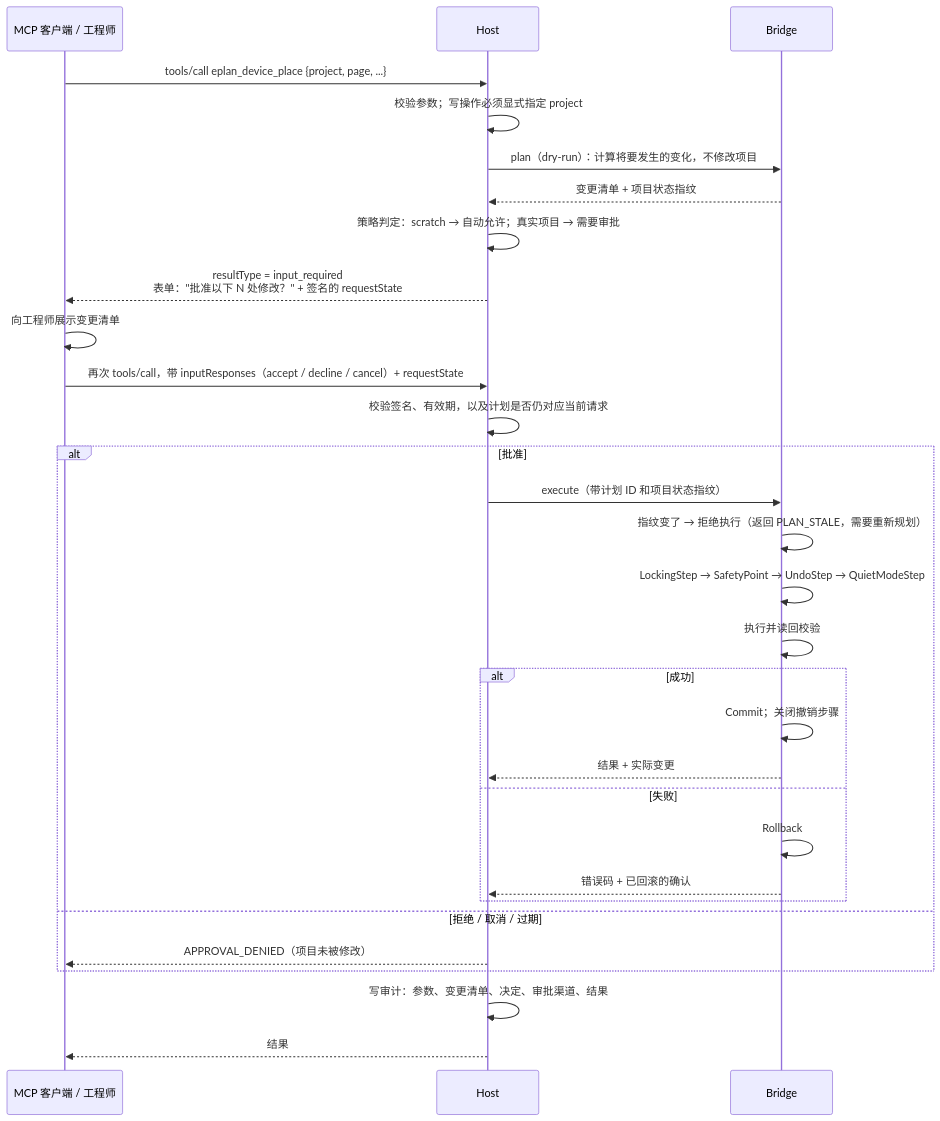
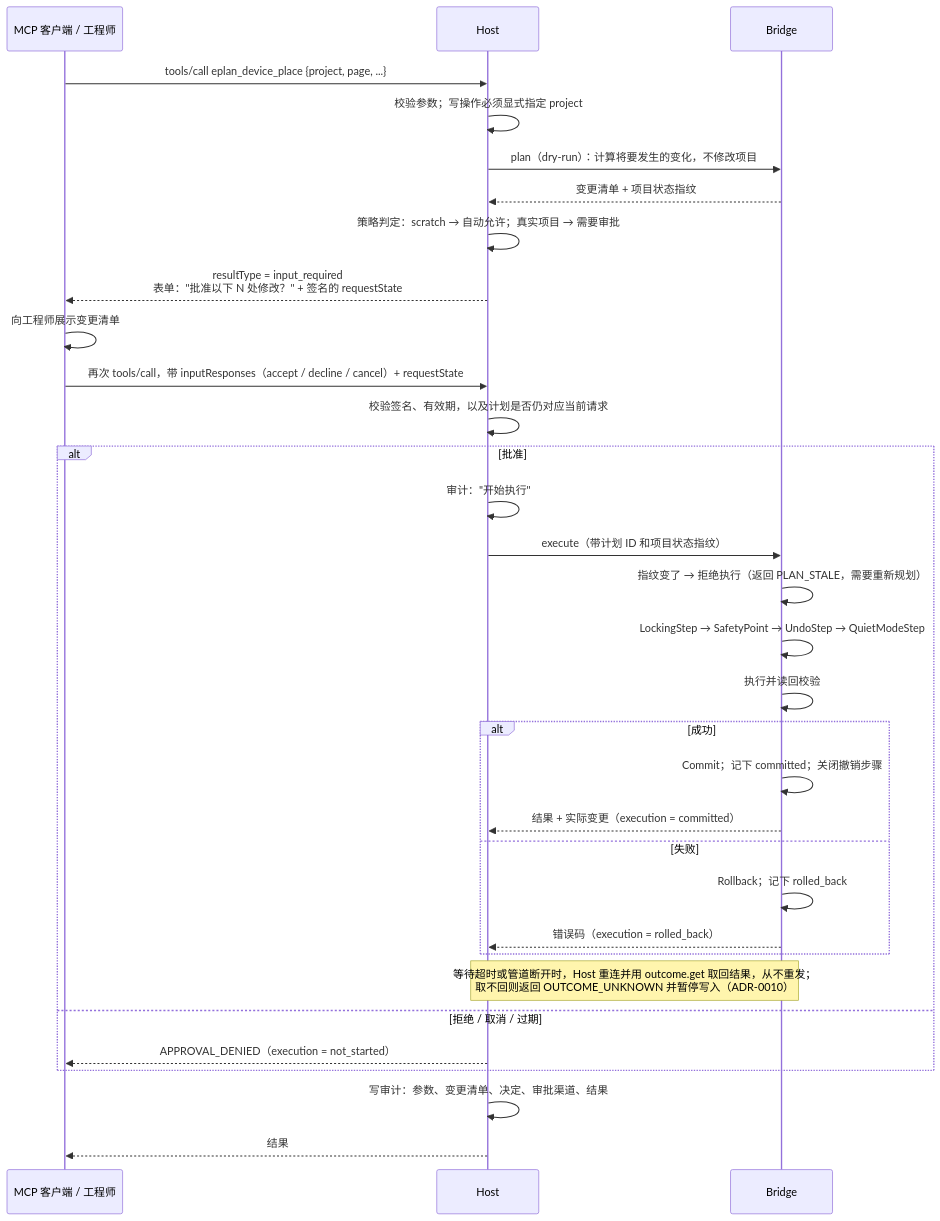
Before and after one commit to asckye/eplan-mcp: the sixth of 6 diagrams in docs/architecture/architecture.md, drawn with Mermaid. The commit also changed other lines of this file and 5 other files, not shown here.

````diff
--- a/docs/architecture/architecture.md
+++ b/docs/architecture/architecture.md
@@ -271,32 +271,34 @@
 ```mermaid
 sequenceDiagram
     participant C as MCP 客户端 / 工程师
     participant H as Host
     participant B as Bridge
     C->>H: tools/call eplan_device_place {project, page, ...}
     H->>H: 校验参数；写操作必须显式指定 project
     H->>B: plan（dry-run）：计算将要发生的变化，不修改项目
     B-->>H: 变更清单 + 项目状态指纹
     H->>H: 策略判定：scratch → 自动允许；真实项目 → 需要审批
     H-->>C: resultType = input_required<br/>表单："批准以下 N 处修改？" + 签名的 requestState
     C->>C: 向工程师展示变更清单
     C->>H: 再次 tools/call，带 inputResponses（accept / decline / cancel）+ requestState
     H->>H: 校验签名、有效期，以及计划是否仍对应当前请求
     alt 批准
+        H->>H: 审计："开始执行"
         H->>B: execute（带计划 ID 和项目状态指纹）
         B->>B: 指纹变了 → 拒绝执行（返回 PLAN_STALE，需要重新规划）
         B->>B: LockingStep → SafetyPoint → UndoStep → QuietModeStep
         B->>B: 执行并读回校验
         alt 成功
-            B->>B: Commit；关闭撤销步骤
-            B-->>H: 结果 + 实际变更
+            B->>B: Commit；记下 committed；关闭撤销步骤
+            B-->>H: 结果 + 实际变更（execution = committed）
         else 失败
-            B->>B: Rollback
-            B-->>H: 错误码 + 已回滚的确认
+            B->>B: Rollback；记下 rolled_back
+            B-->>H: 错误码（execution = rolled_back）
         end
+        Note over H,B: 等待超时或管道断开时，Host 重连并用 outcome.get 取回结果，从不重发；<br/>取不回则返回 OUTCOME_UNKNOWN 并暂停写入（ADR-0010）
     else 拒绝 / 取消 / 过期
-        H-->>C: APPROVAL_DENIED（项目未被修改）
+        H-->>C: APPROVAL_DENIED（execution = not_started）
     end
     H->>H: 写审计：参数、变更清单、决定、审批渠道、结果
     H-->>C: 结果
 ```
````
